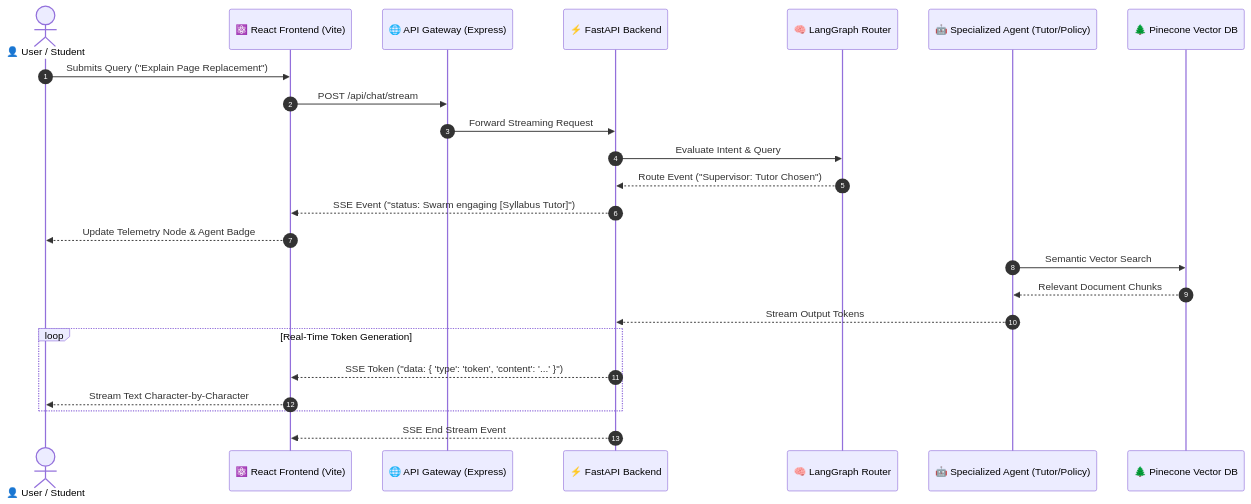
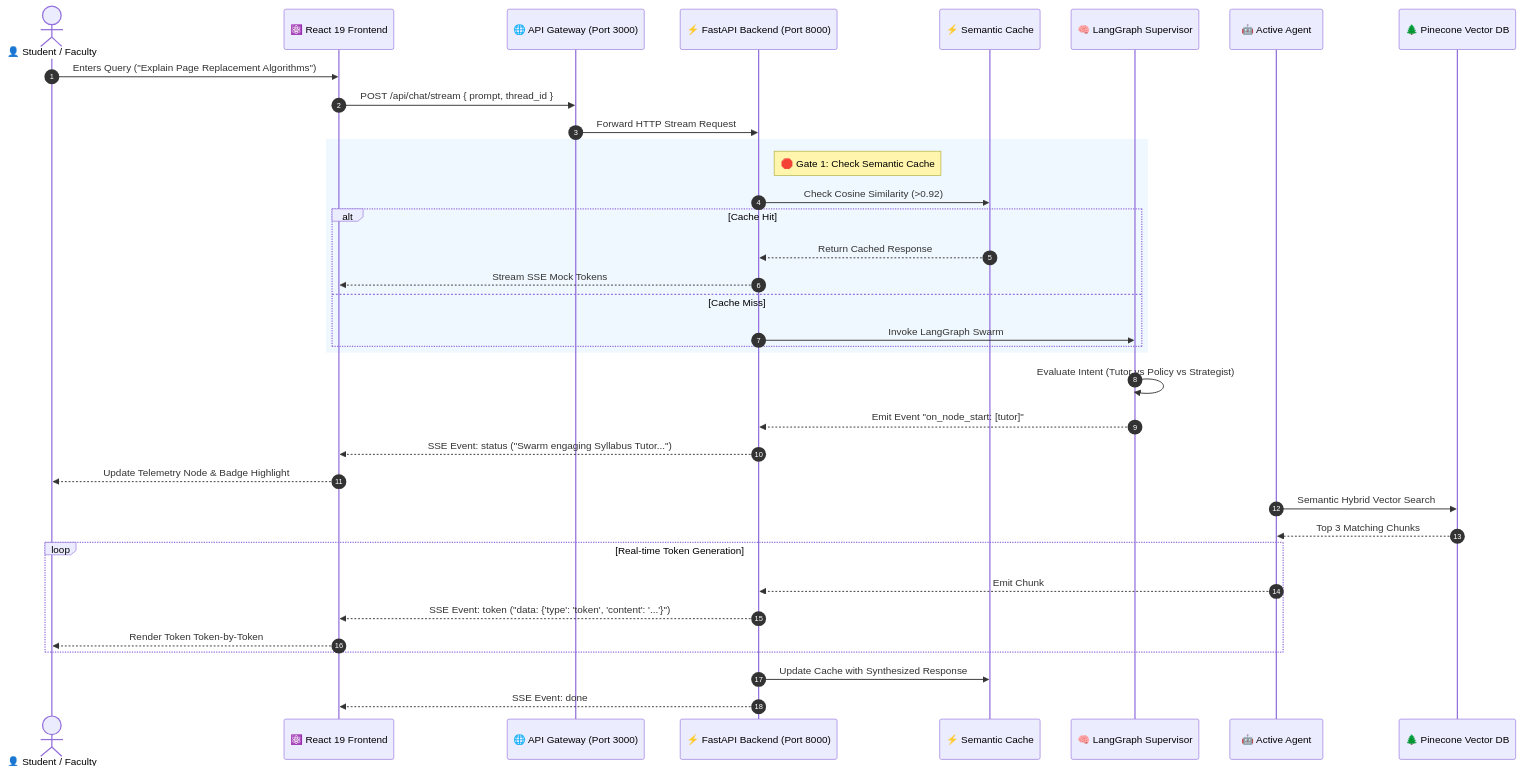
The first of 3 diagrams in README.md (Zayn329/chimeraAi), drawn with Mermaid before and after one commit. The commit also changed other lines of this file, not shown here.

Commit message:
docs: update README.md with comprehensive badges, 3 Mermaid diagrams, and SSE specs

````diff
--- a/README.md
+++ b/README.md
@@ -42,27 +48,44 @@
 ```mermaid
 sequenceDiagram
     autonumber
-    actor User as 👤 User / Student
-    participant React as ⚛️ React Frontend (Vite)
-    participant Gateway as 🌐 API Gateway (Express)
-    participant FastAPI as ⚡ FastAPI Backend
-    participant Router as 🧠 LangGraph Router
-    participant Agent as 🤖 Specialized Agent (Tutor/Policy)
-    participant Pinecone as 🌲 Pinecone Vector DB
+    actor Student as 👤 Student / Faculty
+    participant React as ⚛️ React 19 Frontend
+    participant Gateway as 🌐 API Gateway (Port 3000)
+    participant FastAPI as ⚡ FastAPI Backend (Port 8000)
+    participant Cache as ⚡ Semantic Cache
+    participant Router as 🧠 LangGraph Supervisor
+    participant Agent as 🤖 Active Agent
+    participant VectorDB as 🌲 Pinecone Vector DB
 
-    User->>React: Submits Query ("Explain Page Replacement")
-    React->>Gateway: POST /api/chat/stream
-    Gateway->>FastAPI: Forward Streaming Request
-    FastAPI->>Router: Evaluate Intent & Query
-    Router-->>FastAPI: Route Event ("Supervisor: Tutor Chosen")
-    FastAPI-->>React: SSE Event ("status: Swarm engaging [Syllabus Tutor]")
-    React-->>User: Update Telemetry Node & Agent Badge
-    Agent->>Pinecone: Semantic Vector Search
-    Pinecone-->>Agent: Relevant Document Chunks
-    Agent-->>FastAPI: Stream Output Tokens
-    loop Real-Time Token Generation
-        FastAPI-->>React: SSE Token ("data: { 'type': 'token', 'content': '...' }")
-        React-->>User: Stream Text Character-by-Character
+    Student->>React: Enters Query ("Explain Page Replacement Algorithms")
+    React->>Gateway: POST /api/chat/stream { prompt, thread_id }
+    Gateway->>FastAPI: Forward HTTP Stream Request
+
+    rect rgb(240, 248, 255)
+        note right of FastAPI: 🛑 Gate 1: Check Semantic Cache
+        FastAPI->>Cache: Check Cosine Similarity (>0.92)
+        alt Cache Hit
+            Cache-->>FastAPI: Return Cached Response
+            FastAPI-->>React: Stream SSE Mock Tokens
+        else Cache Miss
+            FastAPI->>Router: Invoke LangGraph Swarm
+        end
     end
-    FastAPI-->>React: SSE End Stream Event
+
+    Router->>Router: Evaluate Intent (Tutor vs Policy vs Strategist)
+    Router-->>FastAPI: Emit Event "on_node_start: [tutor]"
+    FastAPI-->>React: SSE Event: status ("Swarm engaging Syllabus Tutor...")
+    React-->>Student: Update Telemetry Node & Badge Highlight
+
+    Agent->>VectorDB: Semantic Hybrid Vector Search
+    VectorDB-->>Agent: Top 3 Matching Chunks
+
+    loop Real-time Token Generation
+        Agent-->>FastAPI: Emit Chunk
+        FastAPI-->>React: SSE Event: token ("data: {'type': 'token', 'content': '...'}")
+        React-->>Student: Render Token Token-by-Token
+    end
+
+    FastAPI->>Cache: Update Cache with Synthesized Response
+    FastAPI-->>React: SSE Event: done
 ```
````
